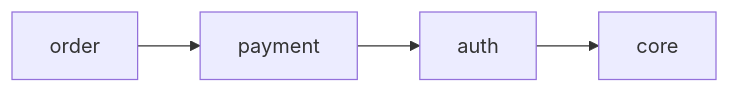
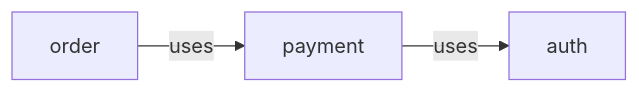
One commit to JakeB-5/sdd-tool changed the diagram in docs/commands/sdd-domain.md. Above: the diagram before and after it, drawn with Mermaid. The commit also changed other lines of this file and 11 other files, not shown here.

````diff
--- a/docs/commands/sdd-domain.md
+++ b/docs/commands/sdd-domain.md
@@ -79,6 +79,5 @@
 ```mermaid
 graph LR
-  auth --> core
-  payment --> auth
-  order --> payment
+  payment -->|uses| auth
+  order -->|uses| payment
 ```
````
